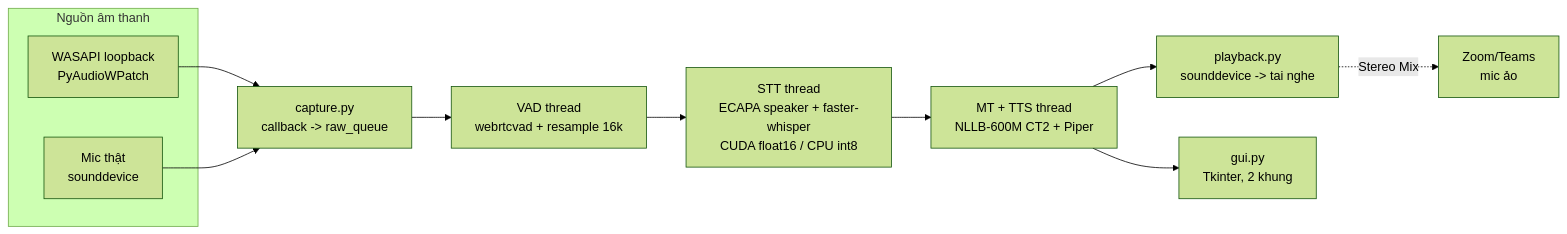
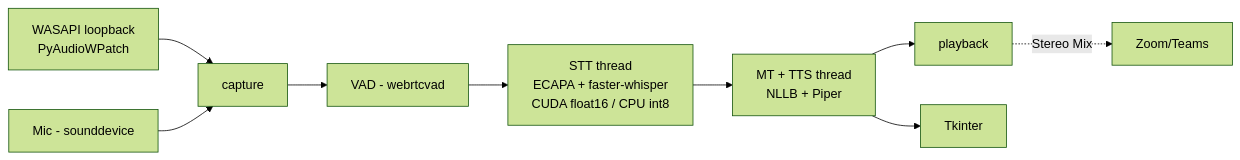
Before and after one commit to maohuynh-embedded/realtime_trans_vn_en: the second of 3 diagrams in docs/architecture-windows-vs-macos.md, drawn with Mermaid (forest theme). The commit also changed other lines of this file and 16 other files, not shown here.

First line of the commit message:
Docs and evals: architecture update, macOS README, measurement scripts

````diff
--- a/docs/architecture-windows-vs-macos.md
+++ b/docs/architecture-windows-vs-macos.md
@@ -13,15 +93,11 @@
 ```mermaid
 flowchart LR
-  subgraph IN[Nguồn âm thanh]
-    LB[WASAPI loopback<br/>PyAudioWPatch]
-    MIC[Mic thật<br/>sounddevice]
-  end
-  LB --> CAP
-  MIC --> CAP
-  CAP[capture.py<br/>callback -> raw_queue] --> VAD[VAD thread<br/>webrtcvad + resample 16k]
-  VAD --> STT[STT thread<br/>ECAPA speaker + faster-whisper<br/>CUDA float16 / CPU int8]
-  STT --> MT[MT + TTS thread<br/>NLLB-600M CT2 + Piper]
-  MT --> PLAY[playback.py<br/>sounddevice -> tai nghe]
-  MT --> GUI[gui.py<br/>Tkinter, 2 khung]
-  PLAY -. Stereo Mix .-> ZOOM[Zoom/Teams<br/>mic ảo]
+  LB[WASAPI loopback<br/>PyAudioWPatch] --> CAP[capture]
+  MIC[Mic - sounddevice] --> CAP
+  CAP --> VAD[VAD - webrtcvad]
+  VAD --> STT[STT thread<br/>ECAPA + faster-whisper<br/>CUDA float16 / CPU int8]
+  STT --> MT[MT + TTS thread<br/>NLLB + Piper]
+  MT --> PLAY[playback]
+  MT --> GUI[Tkinter]
+  PLAY -. Stereo Mix .-> ZOOM[Zoom/Teams]
 ```
````
